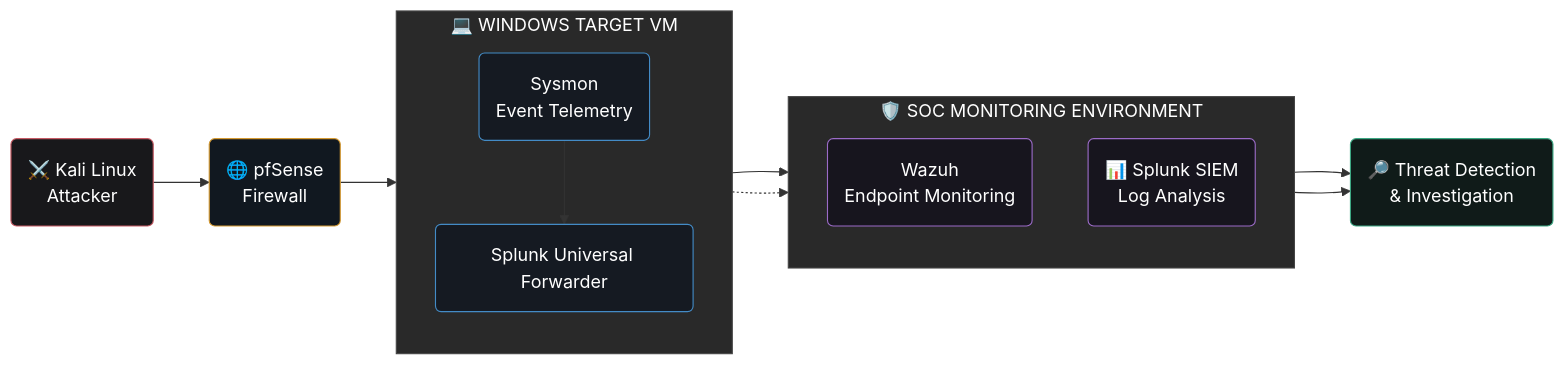
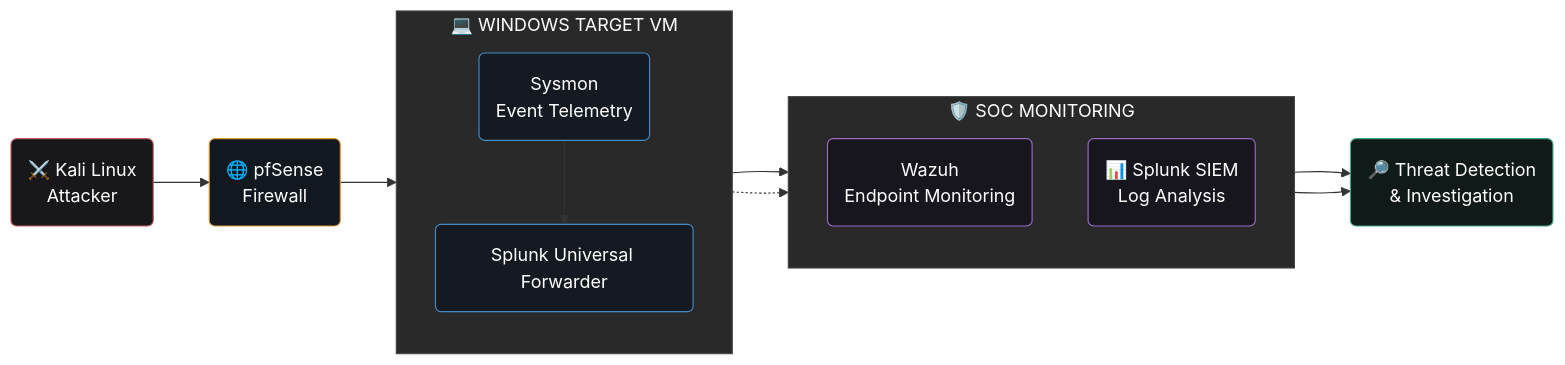
Before and after one commit to KAKishore/KAKishore: the diagram in README.md, drawn with Mermaid.

Commit message:
Final SOC Home Lab Architecture Diagram

````diff
--- a/README.md
+++ b/README.md
@@ -129,42 +129,42 @@
 ```mermaid
 flowchart LR
     K("⚔️ Kali Linux<br/>Attacker")
     P("🌐 pfSense<br/>Firewall")
 
     subgraph WIN["💻 WINDOWS TARGET VM"]
         direction TB
         S("Sysmon<br/>Event Telemetry")
         U("Splunk Universal Forwarder")
         S --> U
     end
 
-    subgraph SOC["🛡️ SOC MONITORING ENVIRONMENT"]
+    subgraph SOC["🛡️ SOC MONITORING"]
         direction TB
         Z("Wazuh<br/>Endpoint Monitoring")
         SI("📊 Splunk SIEM<br/>Log Analysis")
     end
 
     I("🔎 Threat Detection<br/>& Investigation")
 
     K --> P
     P --> S
     U --> SI
     S -.-> Z
     SI --> I
     Z --> I
 
     classDef attacker fill:#18181B,stroke:#C65B65,color:#FFFFFF,stroke-width:1px
     classDef firewall fill:#111820,stroke:#D59A32,color:#FFFFFF,stroke-width:1px
     classDef endpoint fill:#151A22,stroke:#438BC6,color:#FFFFFF,stroke-width:1px
     classDef monitoring fill:#17151E,stroke:#9B6BC7,color:#FFFFFF,stroke-width:1px
     classDef investigation fill:#101B19,stroke:#3CA783,color:#FFFFFF,stroke-width:1px
 
     class K attacker
     class P firewall
     class S,U endpoint
     class SI,Z monitoring
     class I investigation
 
     style WIN fill:#292929,stroke:#444444,color:#FFFFFF
     style SOC fill:#292929,stroke:#444444,color:#FFFFFF
 ```
````
